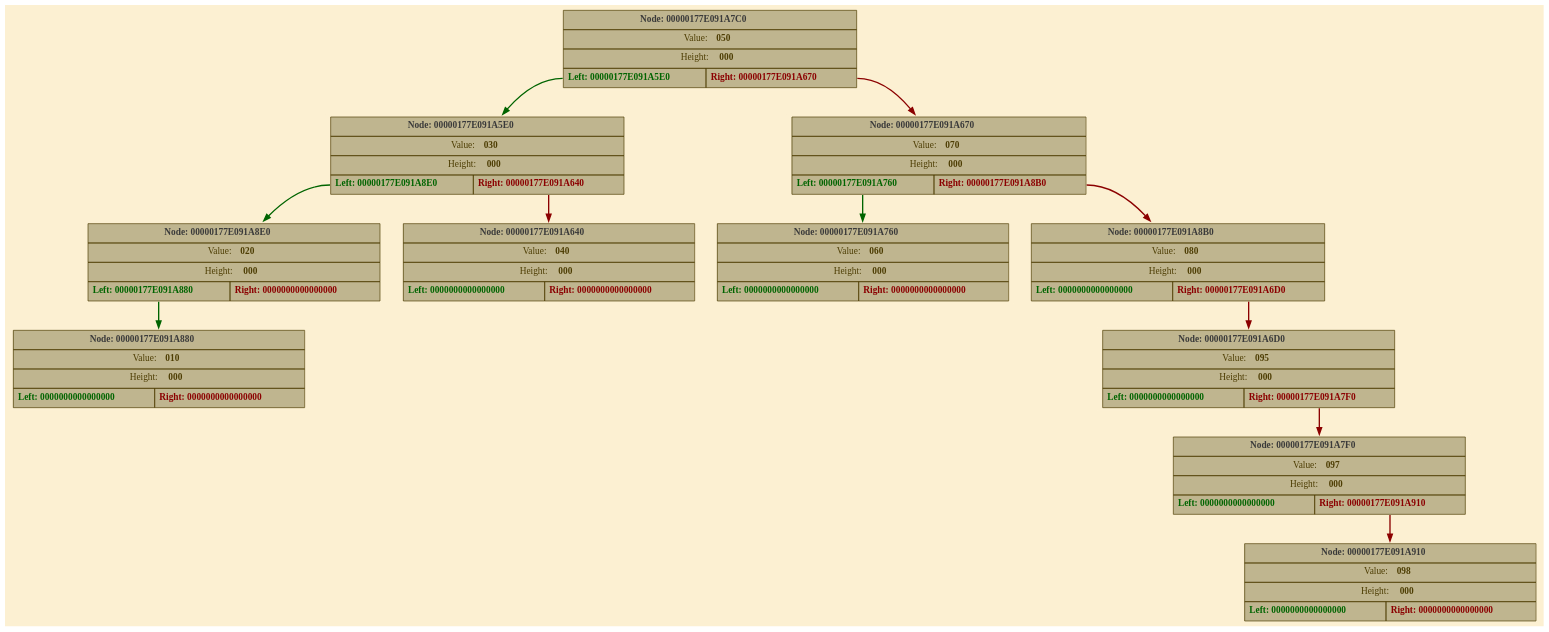
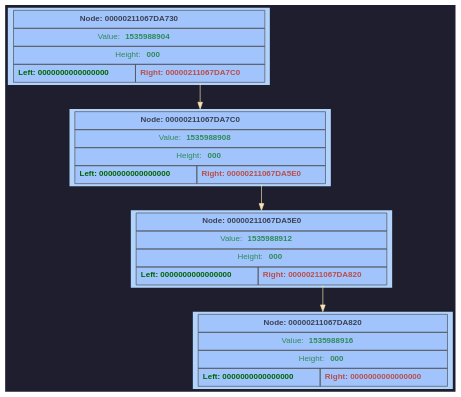
The diagram in OrdinaryBinaryTree/GraphDump/dump.dot (F1merhub/Binary_Tree), drawn with Graphviz before and after one commit. The commit also changed 7 other files, not shown here.

```diff
--- a/OrdinaryBinaryTree/GraphDump/dump.dot
+++ b/OrdinaryBinaryTree/GraphDump/dump.dot
@@ -1,124 +1,48 @@
 digraph G {
-	rankdir = HR;
-	bgcolor="#fcf0d2";
-	node00000177E091A7C0 [shape=plaintext; style=filled; color="#fcf0d2"; label = <
-		         <table BORDER="0" CELLBORDER="1" CELLSPACING="0" CELLPADDING="6" BGCOLOR="#bfb58f" COLOR="#4d3d03">
-			           <tr><td align='center' colspan='2'><FONT COLOR='#3a3a3a'><b>Node: 00000177E091A7C0</b></FONT></td></tr>
-			           <tr><td align='center' colspan='2'><FONT COLOR='#4d3d03'>Value: <b>050</b></FONT></td></tr>
-			           <tr><td align='center' colspan='2'><FONT COLOR='#4d3d03'>Height: <b>000</b></FONT></td></tr>
+	rankdir = TB;
+	bgcolor="#1e1e2e";
+	node [shape=rectangle, style=filled, fontname=Helvetica, fontsize=12, fillcolor="#89b4fa", color="#cba6f7", fontcolor="#1e1e2e"];
+	node00000211067DA730 [shape=plaintext; style=filled; color="#fcf0d2"; fillcolor="#b2d4fc"; label = <
+		         <table BORDER="0" CELLBORDER="1" CELLSPACING="0" CELLPADDING="6" BGCOLOR="#a1c4fd" COLOR="#4f4f4f">
+			           <tr><td align='center' colspan='2'><FONT COLOR='#3b4252'><b>Node: 00000211067DA730</b></FONT></td></tr>
+			           <tr><td align='center' colspan='2'><FONT COLOR='#2e8b57'>Value: <b>1535988904</b></FONT></td></tr>
+			           <tr><td align='center' colspan='2'><FONT COLOR='#2e8b57'>Height: <b>000</b></FONT></td></tr>
 			           <tr>
-			               <td WIDTH='150' PORT='left'  align='center'><FONT COLOR='#006400'><b>Left: 00000177E091A5E0</b></FONT></td>
-			               <td WIDTH='150' PORT='right' align='center'><FONT COLOR='#8b0000'><b>Right: 00000177E091A670</b></FONT></td>
+			               <td WIDTH='150' PORT='left'  align='center'><FONT COLOR='#006400'><b>Left: 0000000000000000</b></FONT></td>
+			               <td WIDTH='150' PORT='right' align='center'><FONT COLOR='#b94e48'><b>Right: 00000211067DA7C0</b></FONT></td>
 			           </tr>
 		         </table> >];
-	node00000177E091A5E0 [shape=plaintext; style=filled; color="#fcf0d2"; label = <
-		         <table BORDER="0" CELLBORDER="1" CELLSPACING="0" CELLPADDING="6" BGCOLOR="#bfb58f" COLOR="#4d3d03">
-			           <tr><td align='center' colspan='2'><FONT COLOR='#3a3a3a'><b>Node: 00000177E091A5E0</b></FONT></td></tr>
-			           <tr><td align='center' colspan='2'><FONT COLOR='#4d3d03'>Value: <b>030</b></FONT></td></tr>
-			           <tr><td align='center' colspan='2'><FONT COLOR='#4d3d03'>Height: <b>000</b></FONT></td></tr>
+	node00000211067DA7C0 [shape=plaintext; style=filled; color="#fcf0d2"; fillcolor="#b2d4fc"; label = <
+		         <table BORDER="0" CELLBORDER="1" CELLSPACING="0" CELLPADDING="6" BGCOLOR="#a1c4fd" COLOR="#4f4f4f">
+			           <tr><td align='center' colspan='2'><FONT COLOR='#3b4252'><b>Node: 00000211067DA7C0</b></FONT></td></tr>
+			           <tr><td align='center' colspan='2'><FONT COLOR='#2e8b57'>Value: <b>1535988908</b></FONT></td></tr>
+			           <tr><td align='center' colspan='2'><FONT COLOR='#2e8b57'>Height: <b>000</b></FONT></td></tr>
 			           <tr>
-			               <td WIDTH='150' PORT='left'  align='center'><FONT COLOR='#006400'><b>Left: 00000177E091A8E0</b></FONT></td>
-			               <td WIDTH='150' PORT='right' align='center'><FONT COLOR='#8b0000'><b>Right: 00000177E091A640</b></FONT></td>
+			               <td WIDTH='150' PORT='left'  align='center'><FONT COLOR='#006400'><b>Left: 0000000000000000</b></FONT></td>
+			               <td WIDTH='150' PORT='right' align='center'><FONT COLOR='#b94e48'><b>Right: 00000211067DA5E0</b></FONT></td>
 			           </tr>
 		         </table> >];
-	node00000177E091A8E0 [shape=plaintext; style=filled; color="#fcf0d2"; label = <
-		         <table BORDER="0" CELLBORDER="1" CELLSPACING="0" CELLPADDING="6" BGCOLOR="#bfb58f" COLOR="#4d3d03">
-			           <tr><td align='center' colspan='2'><FONT COLOR='#3a3a3a'><b>Node: 00000177E091A8E0</b></FONT></td></tr>
-			           <tr><td align='center' colspan='2'><FONT COLOR='#4d3d03'>Value: <b>020</b></FONT></td></tr>
-			           <tr><td align='center' colspan='2'><FONT COLOR='#4d3d03'>Height: <b>000</b></FONT></td></tr>
+	node00000211067DA5E0 [shape=plaintext; style=filled; color="#fcf0d2"; fillcolor="#b2d4fc"; label = <
+		         <table BORDER="0" CELLBORDER="1" CELLSPACING="0" CELLPADDING="6" BGCOLOR="#a1c4fd" COLOR="#4f4f4f">
+			           <tr><td align='center' colspan='2'><FONT COLOR='#3b4252'><b>Node: 00000211067DA5E0</b></FONT></td></tr>
+			           <tr><td align='center' colspan='2'><FONT COLOR='#2e8b57'>Value: <b>1535988912</b></FONT></td></tr>
+			           <tr><td align='center' colspan='2'><FONT COLOR='#2e8b57'>Height: <b>000</b></FONT></td></tr>
 			           <tr>
-			               <td WIDTH='150' PORT='left'  align='center'><FONT COLOR='#006400'><b>Left: 00000177E091A880</b></FONT></td>
-			               <td WIDTH='150' PORT='right' align='center'><FONT COLOR='#8b0000'><b>Right: 0000000000000000</b></FONT></td>
+			               <td WIDTH='150' PORT='left'  align='center'><FONT COLOR='#006400'><b>Left: 0000000000000000</b></FONT></td>
+			               <td WIDTH='150' PORT='right' align='center'><FONT COLOR='#b94e48'><b>Right: 00000211067DA820</b></FONT></td>
 			           </tr>
 		         </table> >];
-	node00000177E091A880 [shape=plaintext; style=filled; color="#fcf0d2"; label = <
-		         <table BORDER="0" CELLBORDER="1" CELLSPACING="0" CELLPADDING="6" BGCOLOR="#bfb58f" COLOR="#4d3d03">
-			           <tr><td align='center' colspan='2'><FONT COLOR='#3a3a3a'><b>Node: 00000177E091A880</b></FONT></td></tr>
-			           <tr><td align='center' colspan='2'><FONT COLOR='#4d3d03'>Value: <b>010</b></FONT></td></tr>
-			           <tr><td align='center' colspan='2'><FONT COLOR='#4d3d03'>Height: <b>000</b></FONT></td></tr>
+	node00000211067DA820 [shape=plaintext; style=filled; color="#fcf0d2"; fillcolor="#b2d4fc"; label = <
+		         <table BORDER="0" CELLBORDER="1" CELLSPACING="0" CELLPADDING="6" BGCOLOR="#a1c4fd" COLOR="#4f4f4f">
+			           <tr><td align='center' colspan='2'><FONT COLOR='#3b4252'><b>Node: 00000211067DA820</b></FONT></td></tr>
+			           <tr><td align='center' colspan='2'><FONT COLOR='#2e8b57'>Value: <b>1535988916</b></FONT></td></tr>
+			           <tr><td align='center' colspan='2'><FONT COLOR='#2e8b57'>Height: <b>000</b></FONT></td></tr>
 			           <tr>
 			               <td WIDTH='150' PORT='left'  align='center'><FONT COLOR='#006400'><b>Left: 0000000000000000</b></FONT></td>
-			               <td WIDTH='150' PORT='right' align='center'><FONT COLOR='#8b0000'><b>Right: 0000000000000000</b></FONT></td>
+			               <td WIDTH='150' PORT='right' align='center'><FONT COLOR='#b94e48'><b>Right: 0000000000000000</b></FONT></td>
 			           </tr>
 		         </table> >];
-	 node00000177E091A8E0:left -> node00000177E091A880 [color="#006400"style=bold; weight=1000; ];
-	 node00000177E091A5E0:left -> node00000177E091A8E0 [color="#006400"style=bold; weight=1000; ];
-	node00000177E091A640 [shape=plaintext; style=filled; color="#fcf0d2"; label = <
-		         <table BORDER="0" CELLBORDER="1" CELLSPACING="0" CELLPADDING="6" BGCOLOR="#bfb58f" COLOR="#4d3d03">
-			           <tr><td align='center' colspan='2'><FONT COLOR='#3a3a3a'><b>Node: 00000177E091A640</b></FONT></td></tr>
-			           <tr><td align='center' colspan='2'><FONT COLOR='#4d3d03'>Value: <b>040</b></FONT></td></tr>
-			           <tr><td align='center' colspan='2'><FONT COLOR='#4d3d03'>Height: <b>000</b></FONT></td></tr>
-			           <tr>
-			               <td WIDTH='150' PORT='left'  align='center'><FONT COLOR='#006400'><b>Left: 0000000000000000</b></FONT></td>
-			               <td WIDTH='150' PORT='right' align='center'><FONT COLOR='#8b0000'><b>Right: 0000000000000000</b></FONT></td>
-			           </tr>
-		         </table> >];
-	 node00000177E091A5E0:right -> node00000177E091A640 [color="#8b0000"style=bold; weight=1000; ];
-	 node00000177E091A7C0:left -> node00000177E091A5E0 [color="#006400"style=bold; weight=1000; ];
-	node00000177E091A670 [shape=plaintext; style=filled; color="#fcf0d2"; label = <
-		         <table BORDER="0" CELLBORDER="1" CELLSPACING="0" CELLPADDING="6" BGCOLOR="#bfb58f" COLOR="#4d3d03">
-			           <tr><td align='center' colspan='2'><FONT COLOR='#3a3a3a'><b>Node: 00000177E091A670</b></FONT></td></tr>
-			           <tr><td align='center' colspan='2'><FONT COLOR='#4d3d03'>Value: <b>070</b></FONT></td></tr>
-			           <tr><td align='center' colspan='2'><FONT COLOR='#4d3d03'>Height: <b>000</b></FONT></td></tr>
-			           <tr>
-			               <td WIDTH='150' PORT='left'  align='center'><FONT COLOR='#006400'><b>Left: 00000177E091A760</b></FONT></td>
-			               <td WIDTH='150' PORT='right' align='center'><FONT COLOR='#8b0000'><b>Right: 00000177E091A8B0</b></FONT></td>
-			           </tr>
-		         </table> >];
-	node00000177E091A760 [shape=plaintext; style=filled; color="#fcf0d2"; label = <
-		         <table BORDER="0" CELLBORDER="1" CELLSPACING="0" CELLPADDING="6" BGCOLOR="#bfb58f" COLOR="#4d3d03">
-			           <tr><td align='center' colspan='2'><FONT COLOR='#3a3a3a'><b>Node: 00000177E091A760</b></FONT></td></tr>
-			           <tr><td align='center' colspan='2'><FONT COLOR='#4d3d03'>Value: <b>060</b></FONT></td></tr>
-			           <tr><td align='center' colspan='2'><FONT COLOR='#4d3d03'>Height: <b>000</b></FONT></td></tr>
-			           <tr>
-			               <td WIDTH='150' PORT='left'  align='center'><FONT COLOR='#006400'><b>Left: 0000000000000000</b></FONT></td>
-			               <td WIDTH='150' PORT='right' align='center'><FONT COLOR='#8b0000'><b>Right: 0000000000000000</b></FONT></td>
-			           </tr>
-		         </table> >];
-	 node00000177E091A670:left -> node00000177E091A760 [color="#006400"style=bold; weight=1000; ];
-	node00000177E091A8B0 [shape=plaintext; style=filled; color="#fcf0d2"; label = <
-		         <table BORDER="0" CELLBORDER="1" CELLSPACING="0" CELLPADDING="6" BGCOLOR="#bfb58f" COLOR="#4d3d03">
-			           <tr><td align='center' colspan='2'><FONT COLOR='#3a3a3a'><b>Node: 00000177E091A8B0</b></FONT></td></tr>
-			           <tr><td align='center' colspan='2'><FONT COLOR='#4d3d03'>Value: <b>080</b></FONT></td></tr>
-			           <tr><td align='center' colspan='2'><FONT COLOR='#4d3d03'>Height: <b>000</b></FONT></td></tr>
-			           <tr>
-			               <td WIDTH='150' PORT='left'  align='center'><FONT COLOR='#006400'><b>Left: 0000000000000000</b></FONT></td>
-			               <td WIDTH='150' PORT='right' align='center'><FONT COLOR='#8b0000'><b>Right: 00000177E091A6D0</b></FONT></td>
-			           </tr>
-		         </table> >];
-	node00000177E091A6D0 [shape=plaintext; style=filled; color="#fcf0d2"; label = <
-		         <table BORDER="0" CELLBORDER="1" CELLSPACING="0" CELLPADDING="6" BGCOLOR="#bfb58f" COLOR="#4d3d03">
-			           <tr><td align='center' colspan='2'><FONT COLOR='#3a3a3a'><b>Node: 00000177E091A6D0</b></FONT></td></tr>
-			           <tr><td align='center' colspan='2'><FONT COLOR='#4d3d03'>Value: <b>095</b></FONT></td></tr>
-			           <tr><td align='center' colspan='2'><FONT COLOR='#4d3d03'>Height: <b>000</b></FONT></td></tr>
-			           <tr>
-			               <td WIDTH='150' PORT='left'  align='center'><FONT COLOR='#006400'><b>Left: 0000000000000000</b></FONT></td>
-			               <td WIDTH='150' PORT='right' align='center'><FONT COLOR='#8b0000'><b>Right: 00000177E091A7F0</b></FONT></td>
-			           </tr>
-		         </table> >];
-	node00000177E091A7F0 [shape=plaintext; style=filled; color="#fcf0d2"; label = <
-		         <table BORDER="0" CELLBORDER="1" CELLSPACING="0" CELLPADDING="6" BGCOLOR="#bfb58f" COLOR="#4d3d03">
-			           <tr><td align='center' colspan='2'><FONT COLOR='#3a3a3a'><b>Node: 00000177E091A7F0</b></FONT></td></tr>
-			           <tr><td align='center' colspan='2'><FONT COLOR='#4d3d03'>Value: <b>097</b></FONT></td></tr>
-			           <tr><td align='center' colspan='2'><FONT COLOR='#4d3d03'>Height: <b>000</b></FONT></td></tr>
-			           <tr>
-			               <td WIDTH='150' PORT='left'  align='center'><FONT COLOR='#006400'><b>Left: 0000000000000000</b></FONT></td>
-			               <td WIDTH='150' PORT='right' align='center'><FONT COLOR='#8b0000'><b>Right: 00000177E091A910</b></FONT></td>
-			           </tr>
-		         </table> >];
-	node00000177E091A910 [shape=plaintext; style=filled; color="#fcf0d2"; label = <
-		         <table BORDER="0" CELLBORDER="1" CELLSPACING="0" CELLPADDING="6" BGCOLOR="#bfb58f" COLOR="#4d3d03">
-			           <tr><td align='center' colspan='2'><FONT COLOR='#3a3a3a'><b>Node: 00000177E091A910</b></FONT></td></tr>
-			           <tr><td align='center' colspan='2'><FONT COLOR='#4d3d03'>Value: <b>098</b></FONT></td></tr>
-			           <tr><td align='center' colspan='2'><FONT COLOR='#4d3d03'>Height: <b>000</b></FONT></td></tr>
-			           <tr>
-			               <td WIDTH='150' PORT='left'  align='center'><FONT COLOR='#006400'><b>Left: 0000000000000000</b></FONT></td>
-			               <td WIDTH='150' PORT='right' align='center'><FONT COLOR='#8b0000'><b>Right: 0000000000000000</b></FONT></td>
-			           </tr>
-		         </table> >];
-	 node00000177E091A7F0:right -> node00000177E091A910 [color="#8b0000"style=bold; weight=1000; ];
-	 node00000177E091A6D0:right -> node00000177E091A7F0 [color="#8b0000"style=bold; weight=1000; ];
-	 node00000177E091A8B0:right -> node00000177E091A6D0 [color="#8b0000"style=bold; weight=1000; ];
-	 node00000177E091A670:right -> node00000177E091A8B0 [color="#8b0000"style=bold; weight=1000; ];
-	 node00000177E091A7C0:right -> node00000177E091A670 [color="#8b0000"style=bold; weight=1000; ];
+	node00000211067DA5E0:right -> node00000211067DA820 [color="#f9e2af"];
+	node00000211067DA7C0:right -> node00000211067DA5E0 [color="#f9e2af"];
+	node00000211067DA730:right -> node00000211067DA7C0 [color="#f9e2af"];
 }
```
